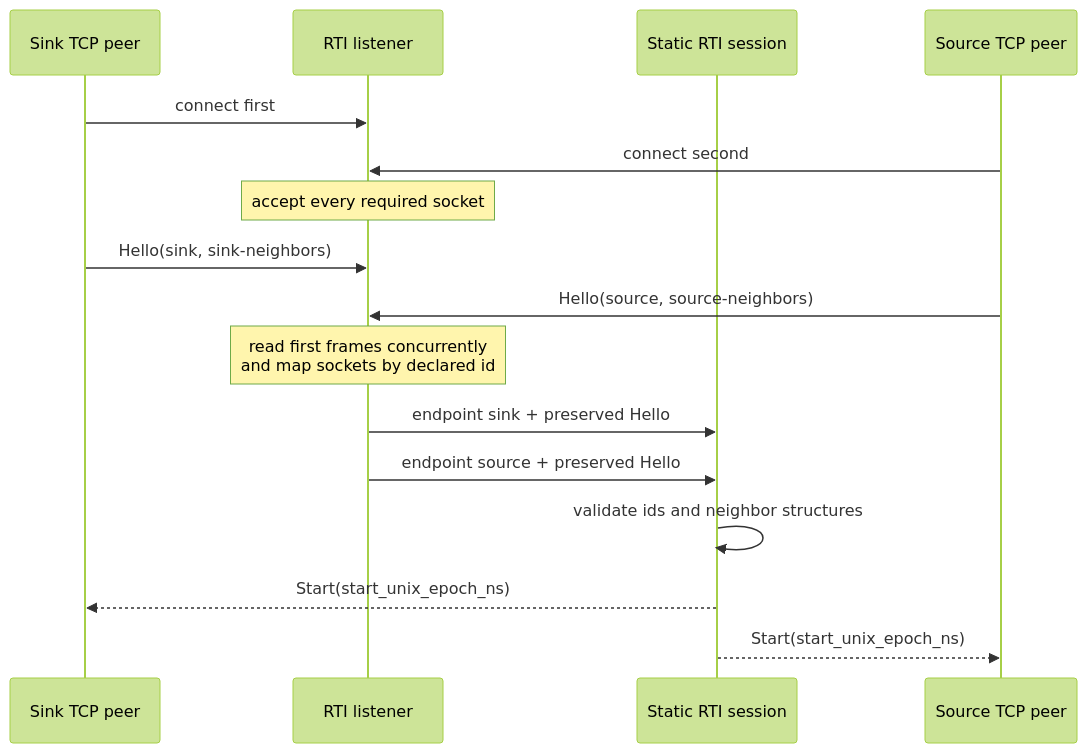
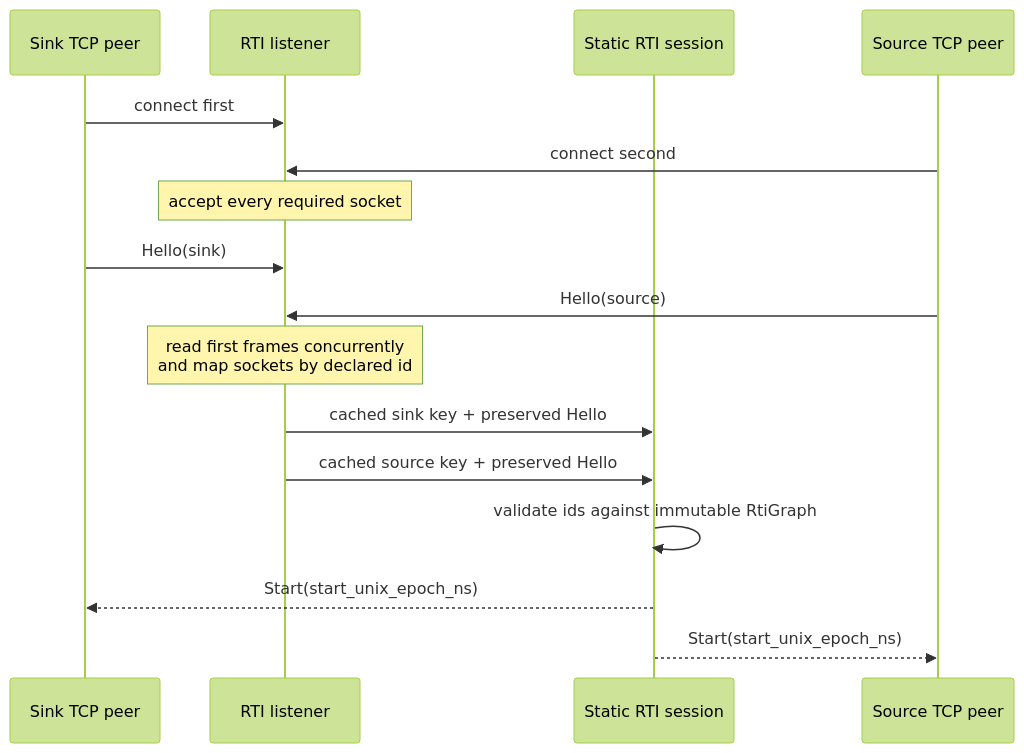
Before and after one commit to jondo2010/boomerang: the first of 4 diagrams in docs/federated-protocol.md, drawn with Mermaid (forest theme). The commit also changed other lines of this file, not shown here.

Commit message:
docs(federated): align protocol with RTI graph boundary

````diff
--- a/docs/federated-protocol.md
+++ b/docs/federated-protocol.md
@@ -40,19 +40,19 @@
 ```mermaid
 sequenceDiagram
     participant S as Sink TCP peer
     participant L as RTI listener
     participant R as Static RTI session
     participant O as Source TCP peer
 
     S->>L: connect first
     O->>L: connect second
     Note over L: accept every required socket
-    S->>L: Hello(sink, sink-neighbors)
-    O->>L: Hello(source, source-neighbors)
+    S->>L: Hello(sink)
+    O->>L: Hello(source)
     Note over L: read first frames concurrently<br/>and map sockets by declared id
-    L->>R: endpoint sink + preserved Hello
-    L->>R: endpoint source + preserved Hello
-    R->>R: validate ids and neighbor structures
+    L->>R: cached sink key + preserved Hello
+    L->>R: cached source key + preserved Hello
+    R->>R: validate ids against immutable RtiGraph
     R-->>S: Start(start_unix_epoch_ns)
     R-->>O: Start(start_unix_epoch_ns)
 ```
````
